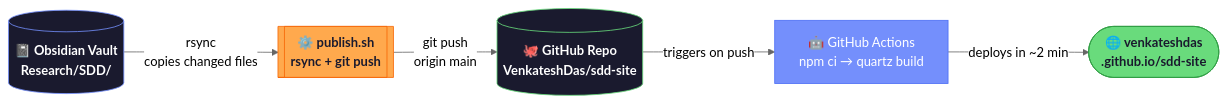
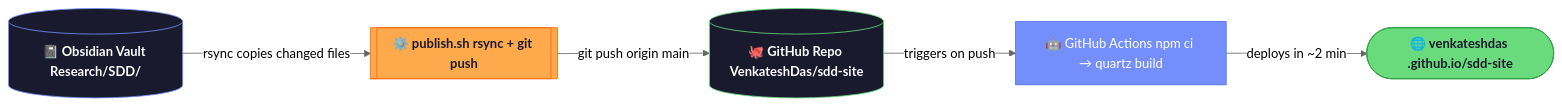
One commit to VenkateshDas/obsidian-quartz-site changed the fourth of 7 diagrams in content/Idea to Published Research (Obsidian + Quartz Workflow).md. Above: the diagram before and after it, drawn with Mermaid (neutral theme). The commit also changed other lines of this file and 2 other files, not shown here.

Commit message:
sync: Obsidian → Quartz · 2026-03-26 22:44

````diff
--- a/content/Idea to Published Research (Obsidian + Quartz Workflow).md
+++ b/content/Idea to Published Research (Obsidian + Quartz Workflow).md
@@ -181,19 +187,19 @@
 ```mermaid
 flowchart LR
-    OB[("📓 Obsidian Vault\nResearch/SDD/")]:::vault
-    QZ[["⚙️ publish.sh\nrsync + git push"]]:::script
-    GH[("🐙 GitHub Repo\nVenkateshDas/sdd-site")]:::repo
-    CI["🤖 GitHub Actions\nnpm ci → quartz build"]:::ci
-    WB(["🌐 venkateshdas\n.github.io/sdd-site"]):::live
+    OB[("📓 Obsidian Vault Research/SDD/")]:::vault
+    QZ[["⚙️ publish.sh rsync + git push"]]:::script
+    GH[("🐙 GitHub Repo VenkateshDas/sdd-site")]:::repo
+    CI["🤖 GitHub Actions npm ci → quartz build"]:::ci
+    WB(["🌐 venkateshdas .github.io/sdd-site"]):::live
 
-    OB -->|"rsync\ncopies changed files"| QZ
-    QZ -->|"git push\norigin main"| GH
+    OB -->|"rsync copies changed files"| QZ
+    QZ -->|"git push origin main"| GH
     GH -->|"triggers on push"| CI
     CI -->|"deploys in ~2 min"| WB
 
     classDef vault  fill:#1a1a2e,stroke:#748ffc,color:#fff,font-weight:bold
     classDef script fill:#ffa94d,stroke:#f76707,color:#1a1a2e,font-weight:bold
     classDef repo   fill:#1a1a2e,stroke:#69db7c,color:#fff,font-weight:bold
     classDef ci     fill:#748ffc,stroke:#4c6ef5,color:#fff
     classDef live   fill:#69db7c,stroke:#2f9e44,color:#1a1a2e,font-weight:bold
 ```
````
